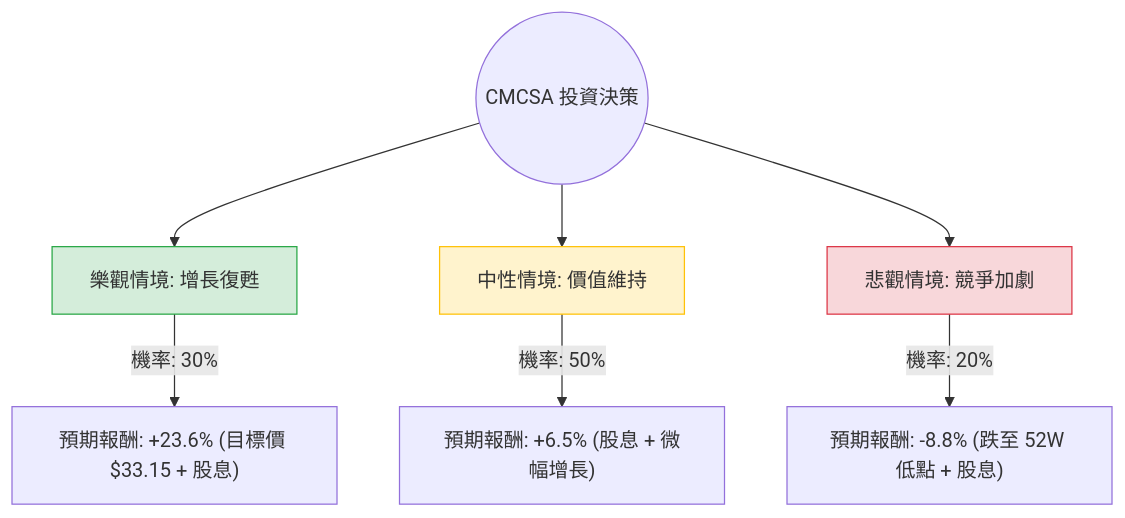
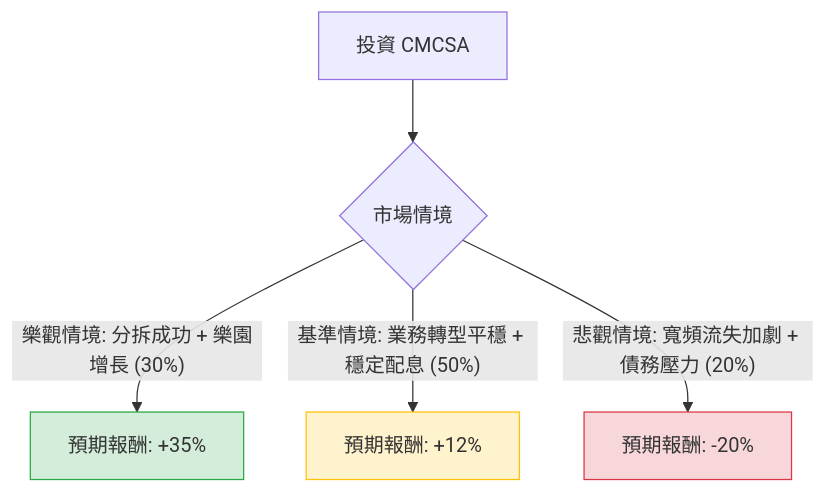
One commit to zmcx16/zmcx16.github.io changed the diagram in plugin-react/ai-analysis/ev-analysis/CMCSA.md. Above: the diagram before and after it, drawn with Mermaid. The commit also changed other lines of this file and 79 other files, not shown here.

````diff
--- a/plugin-react/ai-analysis/ev-analysis/CMCSA.md
+++ b/plugin-react/ai-analysis/ev-analysis/CMCSA.md
@@ -20,14 +20,12 @@
 ```mermaid
 graph TD
-    Start((CMCSA 投資決策)) --> Bull[樂觀情境: 增長復甦]
-    Start --> Base[中性情境: 價值維持]
-    Start --> Bear[悲觀情境: 競爭加劇]
+    A[投資 CMCSA] --> B{市場情境}
+    
+    B -- 樂觀情境: 分拆成功 + 樂園增長 (30%) --> C[預期報酬: +35%]
+    B -- 基準情境: 業務轉型平穩 + 穩定配息 (50%) --> D[預期報酬: +12%]
+    B -- 悲觀情境: 寬頻流失加劇 + 債務壓力 (20%) --> E[預期報酬: -20%]
 
-    Bull -- "機率: 30%" --> BullVal["預期報酬: +23.6% (目標價 $33.15 + 股息)"]
-    Base -- "機率: 50%" --> BaseVal["預期報酬: +6.5% (股息 + 微幅增長)"]
-    Bear -- "機率: 20%" --> BearVal["預期報酬: -8.8% (跌至 52W 低點 + 股息)"]
-
-    style Bull fill:#d4edda,stroke:#28a745
-    style Base fill:#fff3cd,stroke:#ffc107
-    style Bear fill:#f8d7da,stroke:#dc3545
+    style C fill:#d4edda,stroke:#28a745
+    style D fill:#fff3cd,stroke:#ffc107
+    style E fill:#f8d7da,stroke:#dc3545
 ```
````
